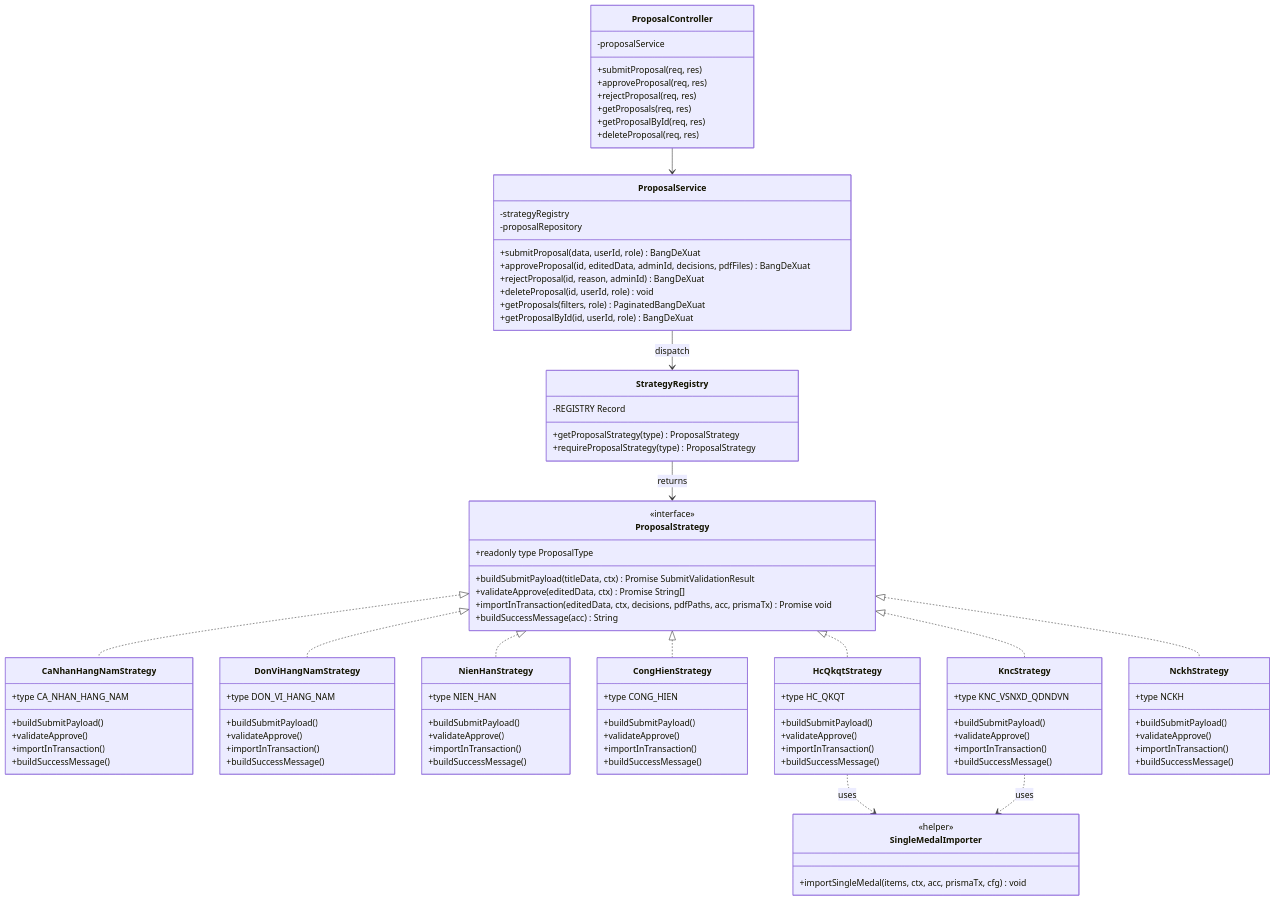
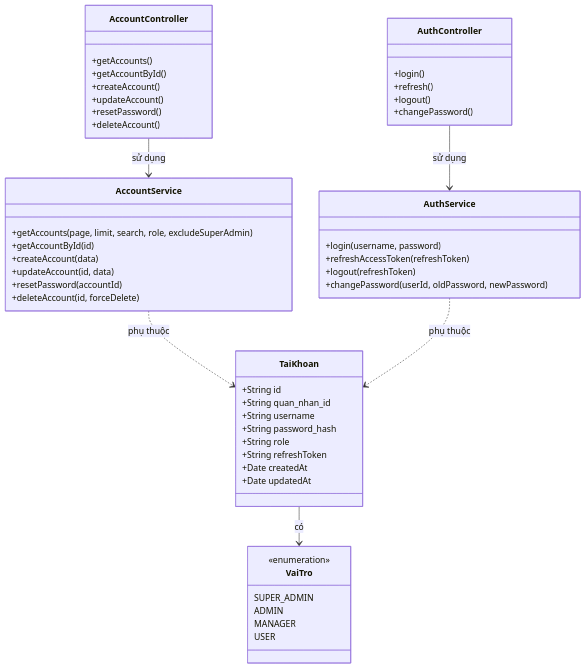
The second of 6 diagrams in docs/diagrams/04-class.md (tranducbk/DATN_PM_QLKT), drawn with Mermaid before and after one commit. The commit also changed other lines of this file and 123 other files, not shown here.

````diff
--- a/docs/diagrams/04-class.md
+++ b/docs/diagrams/04-class.md
@@ -119,114 +99,59 @@
 ```mermaid
 classDiagram
-    class ProposalStrategy {
-        <<interface>>
-        +readonly type ProposalType
-        +buildSubmitPayload(titleData, ctx) Promise SubmitValidationResult
-        +validateApprove(editedData, ctx) Promise String[]
-        +importInTransaction(editedData, ctx, decisions, pdfPaths, acc, prismaTx) Promise void
-        +buildSuccessMessage(acc) String
+    class TaiKhoan {
+        +String id
+        +String quan_nhan_id
+        +String username
+        +String password_hash
+        +String role
+        +String refreshToken
+        +Date createdAt
+        +Date updatedAt
     }
 
-    class CaNhanHangNamStrategy {
-        +type CA_NHAN_HANG_NAM
-        +buildSubmitPayload()
-        +validateApprove()
-        +importInTransaction()
-        +buildSuccessMessage()
+    class VaiTro {
+        <<enumeration>>
+        SUPER_ADMIN
+        ADMIN
+        MANAGER
+        USER
     }
 
-    class DonViHangNamStrategy {
-        +type DON_VI_HANG_NAM
-        +buildSubmitPayload()
-        +validateApprove()
-        +importInTransaction()
-        +buildSuccessMessage()
+    class AccountController {
+        +getAccounts()
+        +getAccountById()
+        +createAccount()
+        +updateAccount()
+        +resetPassword()
+        +deleteAccount()
     }
 
-    class NienHanStrategy {
-        +type NIEN_HAN
-        +buildSubmitPayload()
-        +validateApprove()
-        +importInTransaction()
-        +buildSuccessMessage()
+    class AuthController {
+        +login()
+        +refresh()
+        +logout()
+        +changePassword()
     }
 
-    class CongHienStrategy {
-        +type CONG_HIEN
-        +buildSubmitPayload()
-        +validateApprove()
-        +importInTransaction()
-        +buildSuccessMessage()
+    class AccountService {
+        +getAccounts(page, limit, search, role, excludeSuperAdmin)
+        +getAccountById(id)
+        +createAccount(data)
+        +updateAccount(id, data)
+        +resetPassword(accountId)
+        +deleteAccount(id, forceDelete)
     }
 
-    class HcQkqtStrategy {
-        +type HC_QKQT
-        +buildSubmitPayload()
-        +validateApprove()
-        +importInTransaction()
-        +buildSuccessMessage()
+    class AuthService {
+        +login(username, password)
+        +refreshAccessToken(refreshToken)
+        +logout(refreshToken)
+        +changePassword(userId, oldPassword, newPassword)
     }
 
-    class KncStrategy {
-        +type KNC_VSNXD_QDNDVN
-        +buildSubmitPayload()
-        +validateApprove()
-        +importInTransaction()
-        +buildSuccessMessage()
-    }
-
-    class NckhStrategy {
-        +type NCKH
-        +buildSubmitPayload()
-        +validateApprove()
-        +importInTransaction()
-        +buildSuccessMessage()
-    }
-
-    class StrategyRegistry {
-        -REGISTRY Record
-        +getProposalStrategy(type) ProposalStrategy
-        +requireProposalStrategy(type) ProposalStrategy
-    }
-
-    class SingleMedalImporter {
-        <<helper>>
-        +importSingleMedal(items, ctx, acc, prismaTx, cfg) void
-    }
-
-    class ProposalService {
-        -strategyRegistry
-        -proposalRepository
-        +submitProposal(data, userId, role) BangDeXuat
-        +approveProposal(id, editedData, adminId, decisions, pdfFiles) BangDeXuat
-        +rejectProposal(id, reason, adminId) BangDeXuat
-        +deleteProposal(id, userId, role) void
-        +getProposals(filters, role) PaginatedBangDeXuat
-        +getProposalById(id, userId, role) BangDeXuat
-    }
-
-    class ProposalController {
-        -proposalService
-        +submitProposal(req, res)
-        +approveProposal(req, res)
-        +rejectProposal(req, res)
-        +getProposals(req, res)
-        +getProposalById(req, res)
-        +deleteProposal(req, res)
-    }
-
-    ProposalStrategy <|.. CaNhanHangNamStrategy
-    ProposalStrategy <|.. DonViHangNamStrategy
-    ProposalStrategy <|.. NienHanStrategy
-    ProposalStrategy <|.. CongHienStrategy
-    ProposalStrategy <|.. HcQkqtStrategy
-    ProposalStrategy <|.. KncStrategy
-    ProposalStrategy <|.. NckhStrategy
-
-    StrategyRegistry --> ProposalStrategy : returns
-    HcQkqtStrategy ..> SingleMedalImporter : uses
-    KncStrategy ..> SingleMedalImporter : uses
-
-    ProposalController --> ProposalService
-    ProposalService --> StrategyRegistry : dispatch
+    TaiKhoan --> VaiTro : có
+    AccountController --> AccountService : sử dụng
+    AuthController --> AuthService : sử dụng
+    AccountService ..> TaiKhoan : phụ thuộc
+    AuthService ..> TaiKhoan : phụ thuộc
 ```
````
